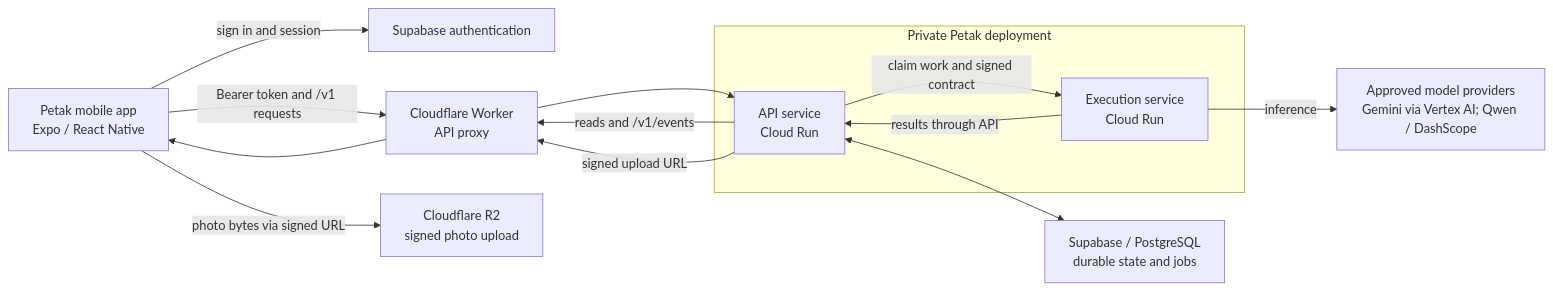
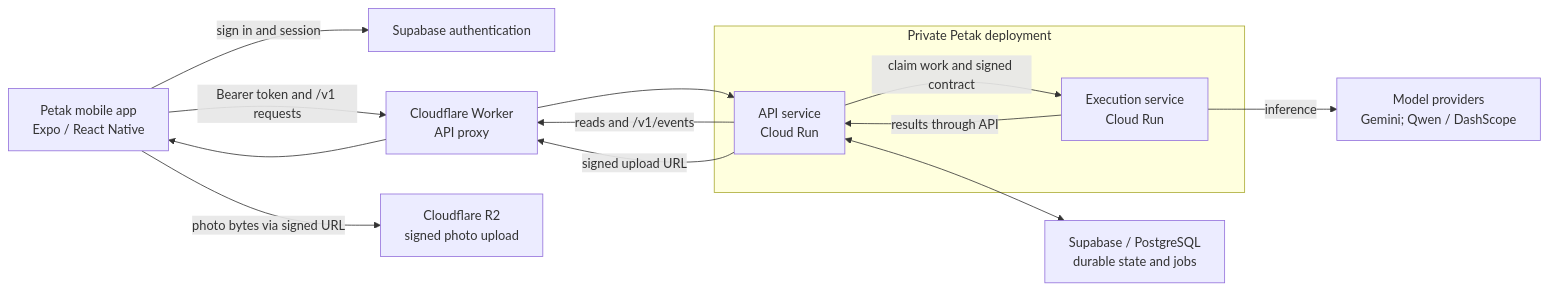
One commit to FhikarZul/petak-builder-cup-2026 changed the first of 3 diagrams in docs/architecture.md. Above: the diagram before and after it, drawn with Mermaid. The commit also changed other lines of this file and 2 other files, not shown here.

Commit message:
Match public architecture wording to slide 7

````diff
--- a/docs/architecture.md
+++ b/docs/architecture.md
@@ -18,24 +18,24 @@
 ```mermaid
 flowchart LR
   Mobile["Petak mobile app<br/>Expo / React Native"]
   Auth["Supabase authentication"]
   Proxy["Cloudflare Worker<br/>API proxy"]
   R2["Cloudflare R2<br/>signed photo upload"]
   subgraph Private["Private Petak deployment"]
     API["API service<br/>Cloud Run"]
     Execution["Execution service<br/>Cloud Run"]
   end
   DB["Supabase / PostgreSQL<br/>durable state and jobs"]
-  Models["Approved model providers<br/>Gemini via Vertex AI; Qwen / DashScope"]
+  Models["Model providers<br/>Gemini; Qwen / DashScope"]
   Mobile -->|sign in and session| Auth
   Mobile -->|Bearer token and /v1 requests| Proxy
   Proxy --> API
   API <--> DB
   API -->|claim work and signed contract| Execution
   Execution -->|inference| Models
   Execution -->|results through API| API
   API -->|reads and /v1/events| Proxy
   Proxy --> Mobile
   API -->|signed upload URL| Proxy
   Mobile -->|photo bytes via signed URL| R2
 ```
````
